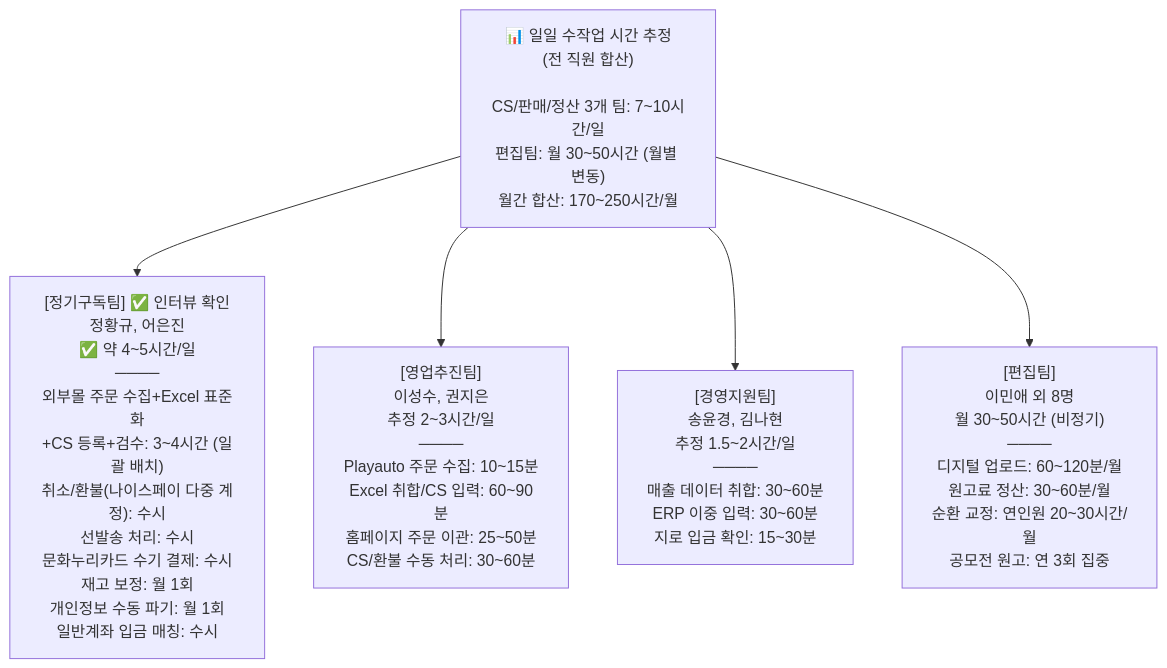
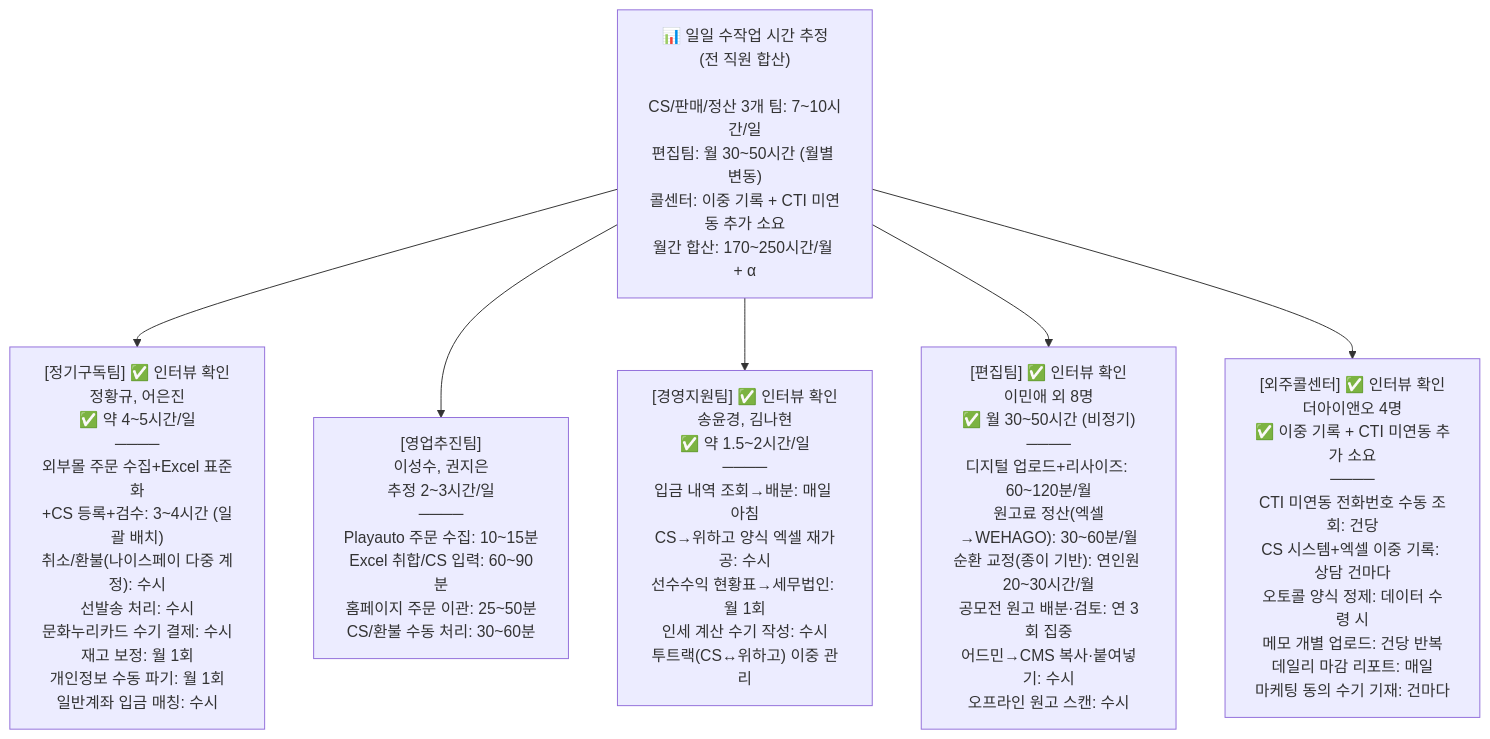
The tenth of 11 diagrams in src/content/docs/goodthinking-isp/02-analysis/business-analysis.md (sknkwoxs/manual-book), drawn with Mermaid before and after one commit. The commit also changed other lines of this file and 9 other files, not shown here.

First line of the commit message:
docs(goodthinking-isp): 편집팀/경영지원팀/외주콜센터 인터뷰 결과 반영 및 영업추진팀 인터뷰 안건 추가

````diff
--- a/src/content/docs/goodthinking-isp/02-analysis/business-analysis.md
+++ b/src/content/docs/goodthinking-isp/02-analysis/business-analysis.md
@@ -310,17 +333,20 @@
 ```mermaid
 graph TD
-    root["📊 일일 수작업 시간 추정<br/>(전 직원 합산)<br/><br/>CS/판매/정산 3개 팀: 7~10시간/일<br/>편집팀: 월 30~50시간 (월별 변동)<br/>월간 합산: 170~250시간/월"]
+    root["📊 일일 수작업 시간 추정<br/>(전 직원 합산)<br/><br/>CS/판매/정산 3개 팀: 7~10시간/일<br/>편집팀: 월 30~50시간 (월별 변동)<br/>콜센터: 이중 기록 + CTI 미연동 추가 소요<br/>월간 합산: 170~250시간/월 + α"]
     
     team1["[정기구독팀] ✅ 인터뷰 확인<br/>정황규, 어은진<br/>✅ 약 4~5시간/일<br/>────<br/>외부몰 주문 수집+Excel 표준화<br/>+CS 등록+검수: 3~4시간 (일괄 배치)<br/>취소/환불(나이스페이 다중 계정): 수시<br/>선발송 처리: 수시<br/>문화누리카드 수기 결제: 수시<br/>재고 보정: 월 1회<br/>개인정보 수동 파기: 월 1회<br/>일반계좌 입금 매칭: 수시"]
     
     team2["[영업추진팀]<br/>이성수, 권지은<br/>추정 2~3시간/일<br/>────<br/>Playauto 주문 수집: 10~15분<br/>Excel 취합/CS 입력: 60~90분<br/>홈페이지 주문 이관: 25~50분<br/>CS/환불 수동 처리: 30~60분"]
     
-    team3["[경영지원팀]<br/>송윤경, 김나현<br/>추정 1.5~2시간/일<br/>────<br/>매출 데이터 취합: 30~60분<br/>ERP 이중 입력: 30~60분<br/>지로 입금 확인: 15~30분"]
+    team3["[경영지원팀] ✅ 인터뷰 확인<br/>송윤경, 김나현<br/>✅ 약 1.5~2시간/일<br/>────<br/>입금 내역 조회→배분: 매일 아침<br/>CS→위하고 양식 엑셀 재가공: 수시<br/>선수수익 현황표→세무법인: 월 1회<br/>인세 계산 수기 작성: 수시<br/>투트랙(CS↔위하고) 이중 관리"]
     
-    team4["[편집팀]<br/>이민애 외 8명<br/>월 30~50시간 (비정기)<br/>────<br/>디지털 업로드: 60~120분/월<br/>원고료 정산: 30~60분/월<br/>순환 교정: 연인원 20~30시간/월<br/>공모전 원고: 연 3회 집중"]
+    team4["[편집팀] ✅ 인터뷰 확인<br/>이민애 외 8명<br/>✅ 월 30~50시간 (비정기)<br/>────<br/>디지털 업로드+리사이즈: 60~120분/월<br/>원고료 정산(엑셀→WEHAGO): 30~60분/월<br/>순환 교정(종이 기반): 연인원 20~30시간/월<br/>공모전 원고 배분·검토: 연 3회 집중<br/>어드민→CMS 복사·붙여넣기: 수시<br/>오프라인 원고 스캔: 수시"]
+    
+    team5["[외주콜센터] ✅ 인터뷰 확인<br/>더아이앤오 4명<br/>✅ 이중 기록 + CTI 미연동 추가 소요<br/>────<br/>CTI 미연동 전화번호 수동 조회: 건당<br/>CS 시스템+엑셀 이중 기록: 상담 건마다<br/>오토콜 양식 정제: 데이터 수령 시<br/>메모 개별 업로드: 건당 반복<br/>데일리 마감 리포트: 매일<br/>마케팅 동의 수기 기재: 건마다"]
     
     root --> team1
     root --> team2
     root --> team3
     root --> team4
+    root --> team5
 ```
````
